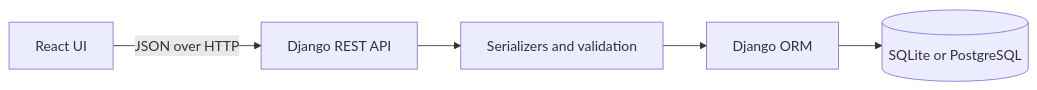
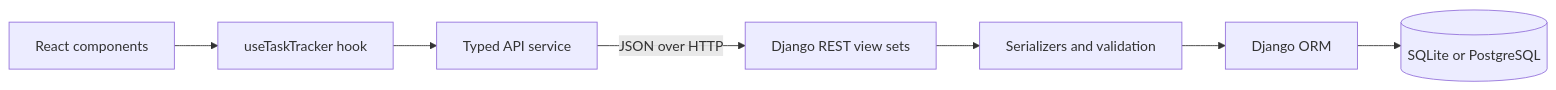
One commit to MarinJursic/spark-task-tracker changed the first of 2 diagrams in README.md. Above: the diagram before and after it, drawn with Mermaid. The commit also changed other lines of this file, not shown here.

````diff
--- a/README.md
+++ b/README.md
@@ -38,7 +64,9 @@
 ```mermaid
 flowchart LR
-  A[React UI] -->|JSON over HTTP| B[Django REST API]
-  B --> C[Serializers and validation]
-  C --> D[Django ORM]
-  D --> E[(SQLite or PostgreSQL)]
+  A[React components] --> B[useTaskTracker hook]
+  B --> C[Typed API service]
+  C -->|JSON over HTTP| D[Django REST view sets]
+  D --> E[Serializers and validation]
+  E --> F[Django ORM]
+  F --> G[(SQLite or PostgreSQL)]
 ```
````
